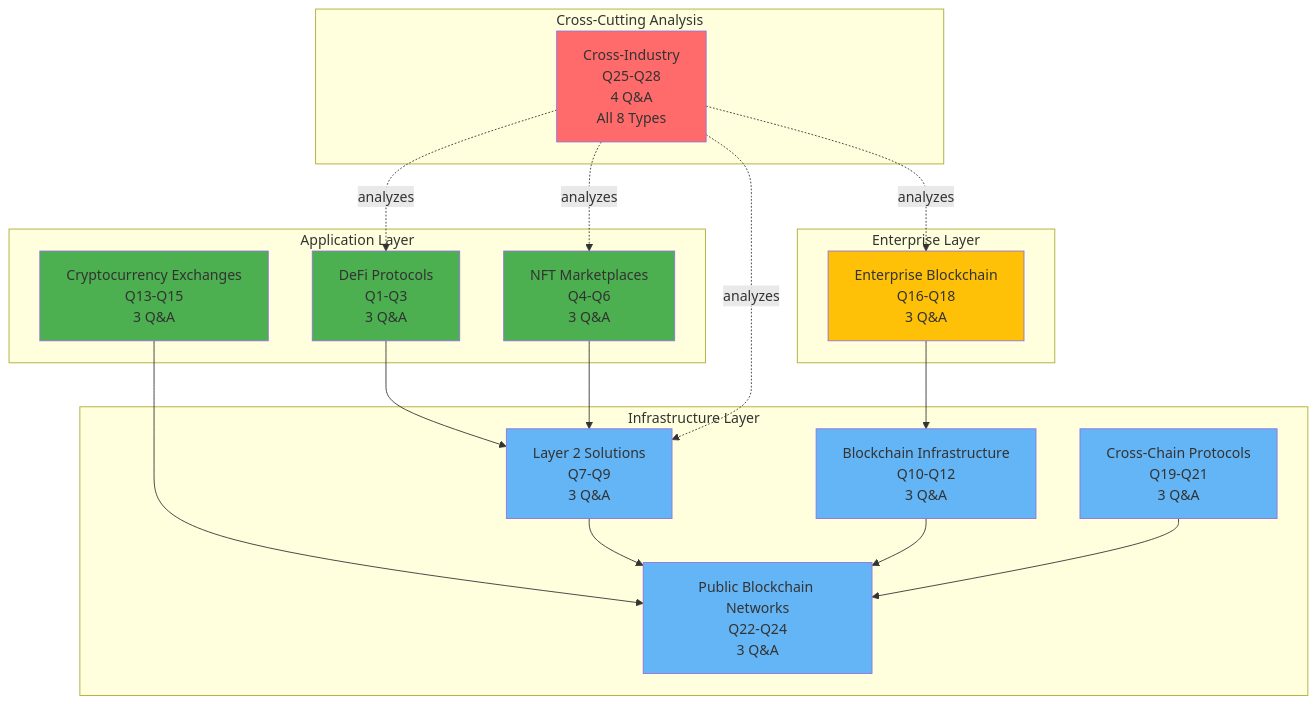
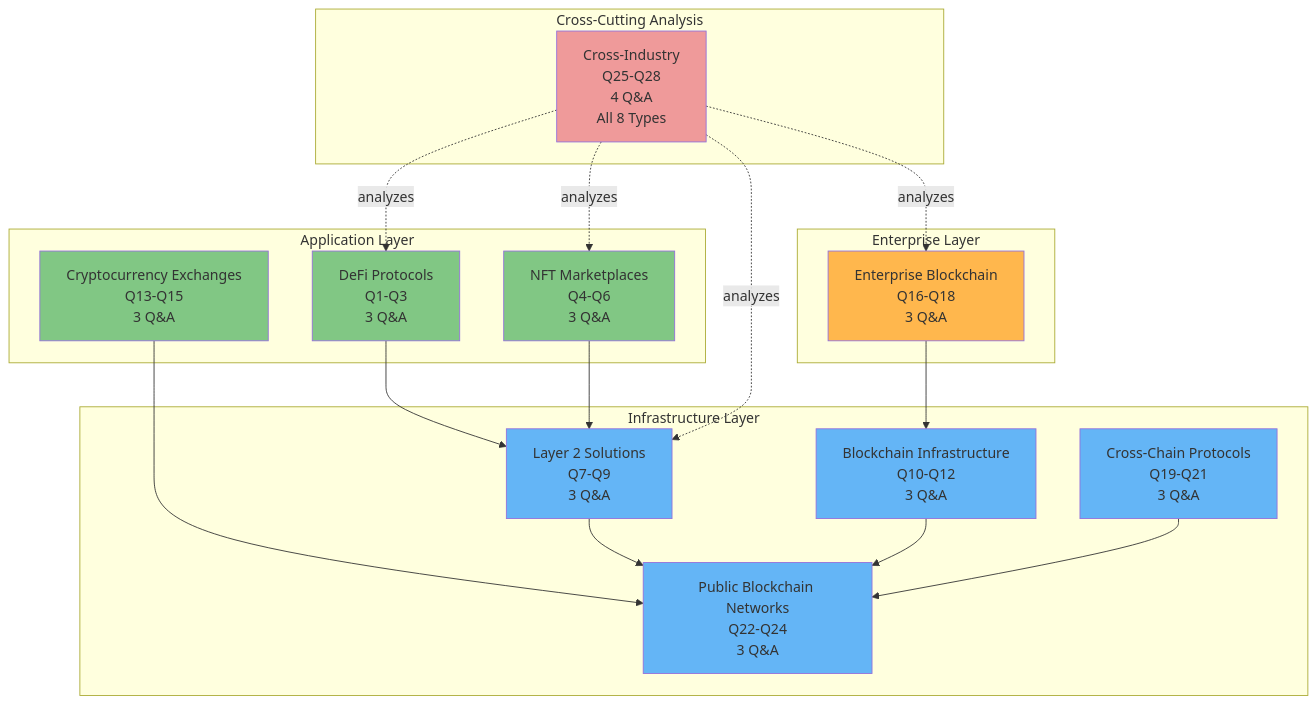
One commit to ljg-cqu/knowledge changed the first of 11 diagrams in Industry/Blockchain/Blockchain/ValueChain/QA_Perplexity.md. Above: the diagram before and after it, drawn with Mermaid. The commit also changed other lines of this file and 6 other files, not shown here.

````diff
--- a/Industry/Blockchain/Blockchain/ValueChain/QA_Perplexity.md
+++ b/Industry/Blockchain/Blockchain/ValueChain/QA_Perplexity.md
@@ -31,46 +31,46 @@
 ```mermaid
 graph TB
     subgraph "Application Layer"
     A1[DeFi Protocols<br/>Q1-Q3<br/>3 Q&A]
     A2[NFT Marketplaces<br/>Q4-Q6<br/>3 Q&A]
     A5[Cryptocurrency Exchanges<br/>Q13-Q15<br/>3 Q&A]
     end
     
     subgraph "Infrastructure Layer"
     I1[Layer 2 Solutions<br/>Q7-Q9<br/>3 Q&A]
     I2[Blockchain Infrastructure<br/>Q10-Q12<br/>3 Q&A]
     I3[Cross-Chain Protocols<br/>Q19-Q21<br/>3 Q&A]
     I4[Public Blockchain Networks<br/>Q22-Q24<br/>3 Q&A]
     end
     
     subgraph "Enterprise Layer"
     E1[Enterprise Blockchain<br/>Q16-Q18<br/>3 Q&A]
     end
     
     subgraph "Cross-Cutting Analysis"
     X1[Cross-Industry<br/>Q25-Q28<br/>4 Q&A<br/>All 8 Types]
     end
     
     A1 --> I1
     A2 --> I1
     A5 --> I4
     I1 --> I4
     I2 --> I4
     I3 --> I4
     E1 --> I2
     
     X1 -.analyzes.-> A1
     X1 -.analyzes.-> A2
     X1 -.analyzes.-> I1
     X1 -.analyzes.-> E1
     
-    style A1 fill:#4CAF50
-    style A2 fill:#4CAF50
-    style A5 fill:#4CAF50
+    style A1 fill:#81C784
+    style A2 fill:#81C784
+    style A5 fill:#81C784
     style I1 fill:#64B5F6
     style I2 fill:#64B5F6
     style I3 fill:#64B5F6
     style I4 fill:#64B5F6
-    style E1 fill:#FFC107
-    style X1 fill:#FF6B6B
+    style E1 fill:#FFB74D
+    style X1 fill:#EF9A9A
 ```
````
